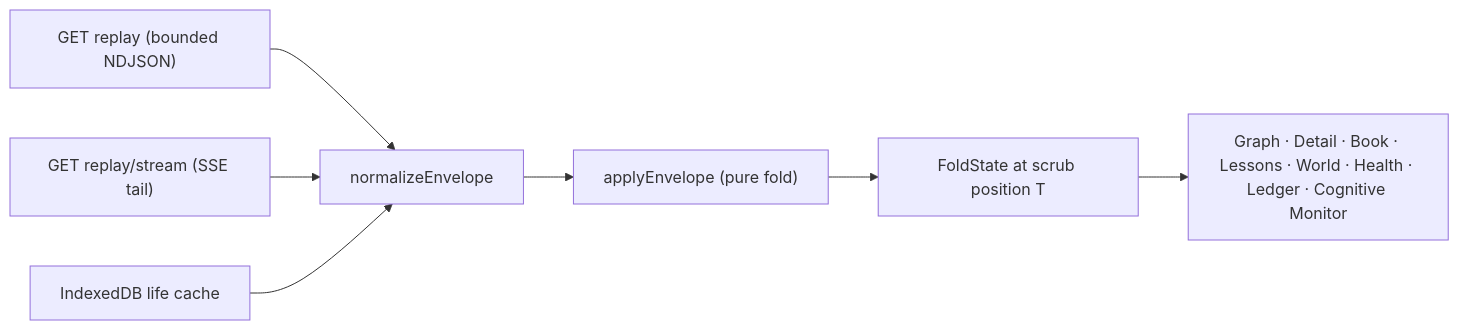
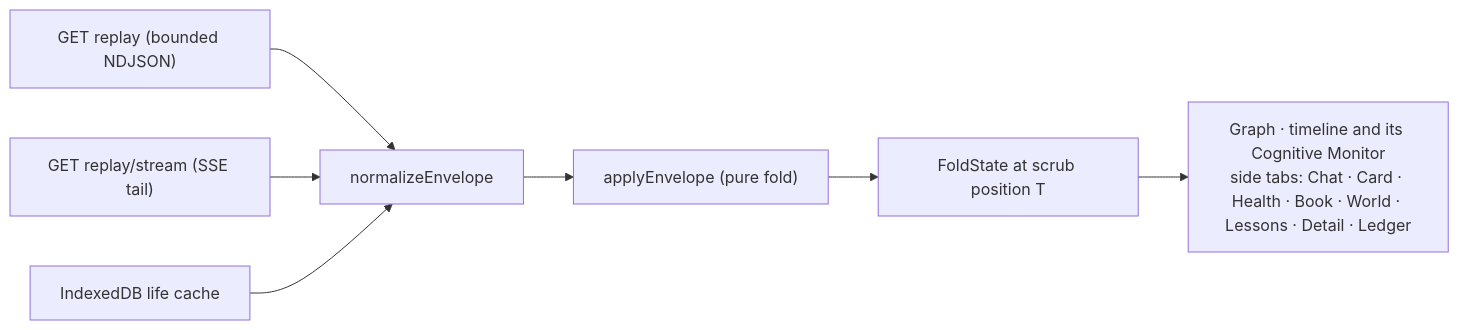
Before and after one commit to lpalbou/AbstractEntity: the third of 4 diagrams in docs/architecture.md, drawn with Mermaid. The commit also changed other lines of this file and 8 other files, not shown here.

````diff
--- a/docs/architecture.md
+++ b/docs/architecture.md
@@ -91,9 +91,9 @@
 ```mermaid
 flowchart LR
   R["GET replay (bounded NDJSON)"] --> N[normalizeEnvelope]
   T["GET replay/stream (SSE tail)"] --> N
   C["IndexedDB life cache"] --> N
   N --> F["applyEnvelope (pure fold)"]
   F --> S["FoldState at scrub position T"]
-  S --> V["Graph · Detail · Book · Lessons · World · Health · Ledger · Cognitive Monitor"]
+  S --> V["Graph · timeline and its Cognitive Monitor<br/>side tabs: Chat · Card · Health · Book · World · Lessons · Detail · Ledger"]
 ```
````
